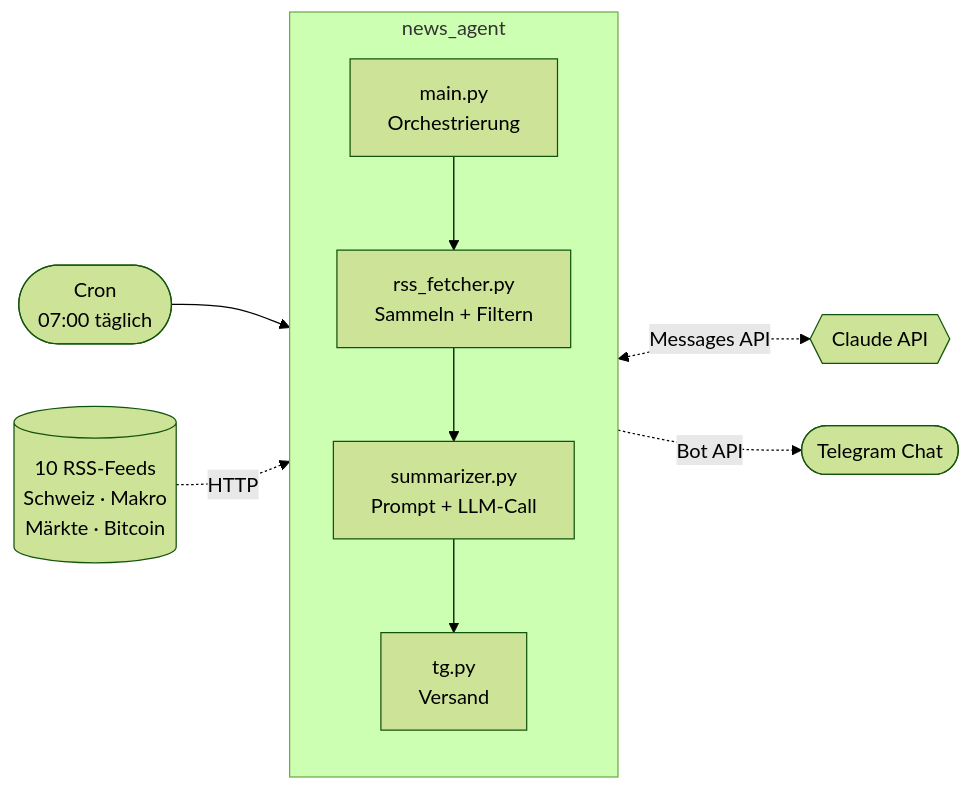
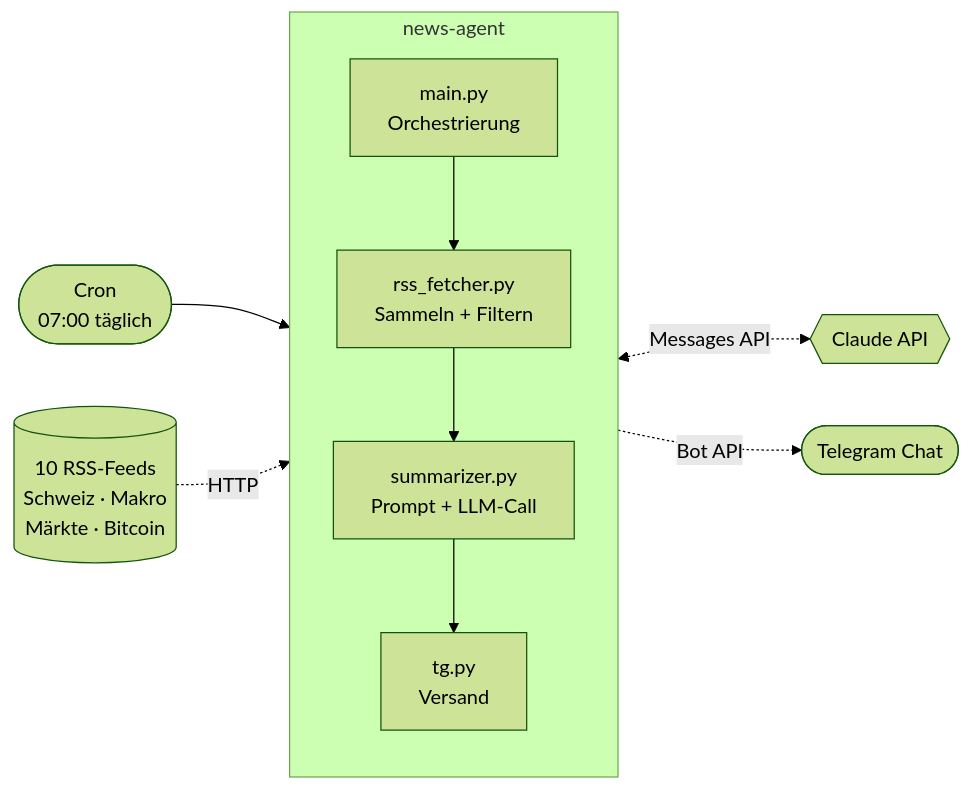
One commit to claudiokoller/news-agent changed the diagram in docs/architecture.md. Above: the diagram before and after it, drawn with Mermaid (forest theme). The commit also changed 5 other files, not shown here.

First line of the commit message:
Rename project to news-agent

````diff
--- a/docs/architecture.md
+++ b/docs/architecture.md
@@ -7,18 +7,18 @@
 ```mermaid
 flowchart LR
     CRON([Cron<br/>07:00 täglich]) --> MAIN
 
-    subgraph AGENT [news_agent]
+    subgraph AGENT [news-agent]
         direction TB
         MAIN[main.py<br/>Orchestrierung]
         RSS[rss_fetcher.py<br/>Sammeln + Filtern]
         SUM[summarizer.py<br/>Prompt + LLM-Call]
         TG[tg.py<br/>Versand]
 
         MAIN --> RSS --> SUM --> TG
     end
 
     FEEDS[(10 RSS-Feeds<br/>Schweiz · Makro<br/>Märkte · Bitcoin)] -.->|HTTP| RSS
     SUM <-.->|Messages API| CLAUDE{{Claude API}}
     TG -.->|Bot API| USER([Telegram Chat])
 ```
````
